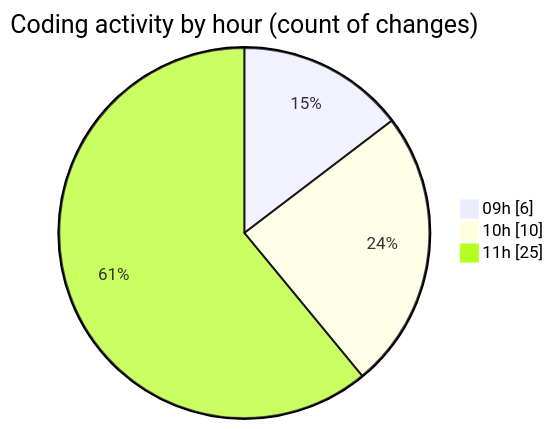
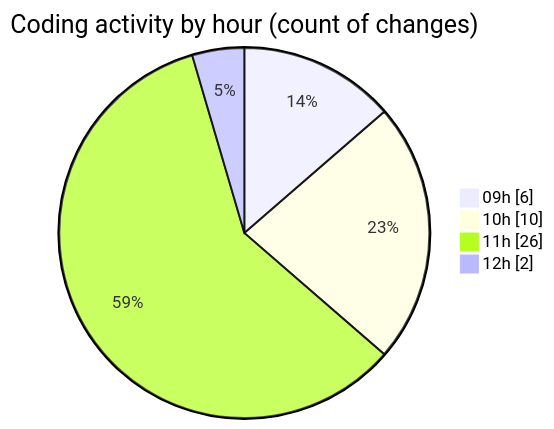
Before and after one commit to momahboobian/code-tracking: the second of 2 diagrams in 2026-01-15/cda/README.md, drawn with Mermaid. The commit also changed other lines of this file and 1 other file, not shown here.

````diff
--- a/2026-01-15/cda/README.md
+++ b/2026-01-15/cda/README.md
@@ -40,7 +41,8 @@
 ```mermaid
 pie showData
 title Coding activity by hour (count of changes)
 "09h" : 6
 "10h" : 10
-"11h" : 25
+"11h" : 26
+"12h" : 2
 ```
````
